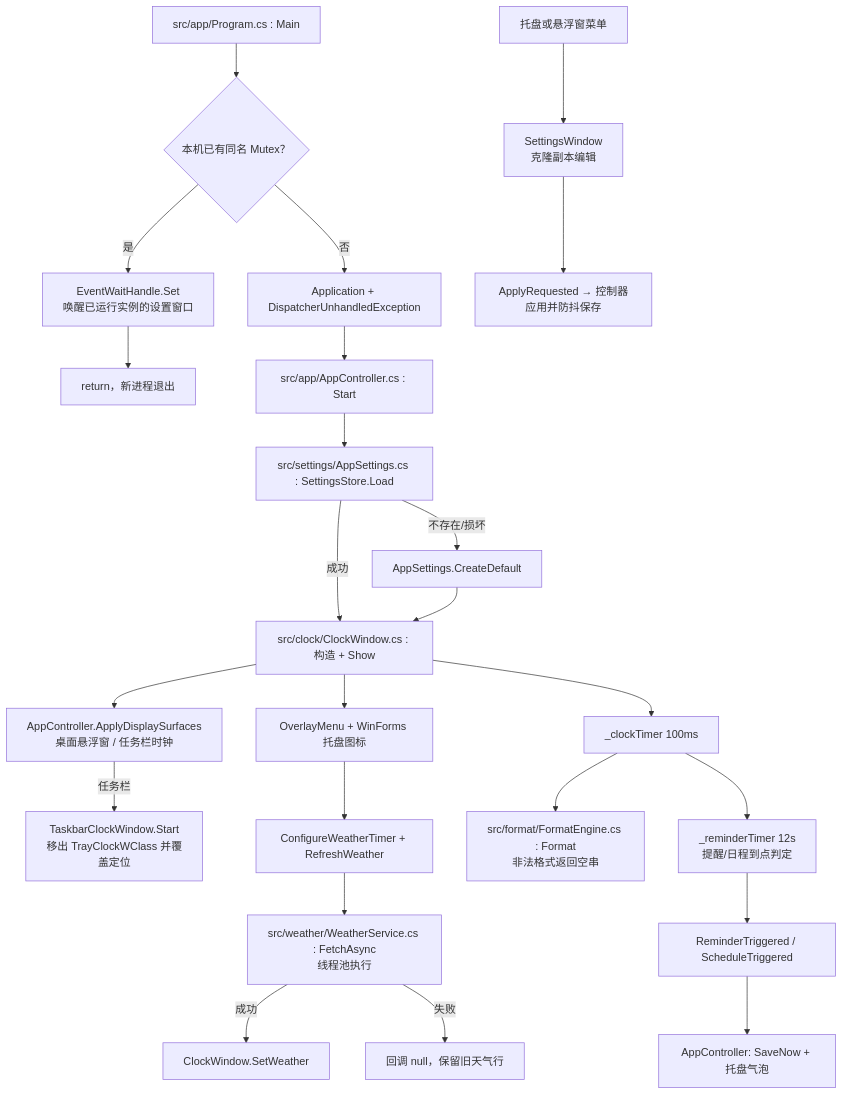
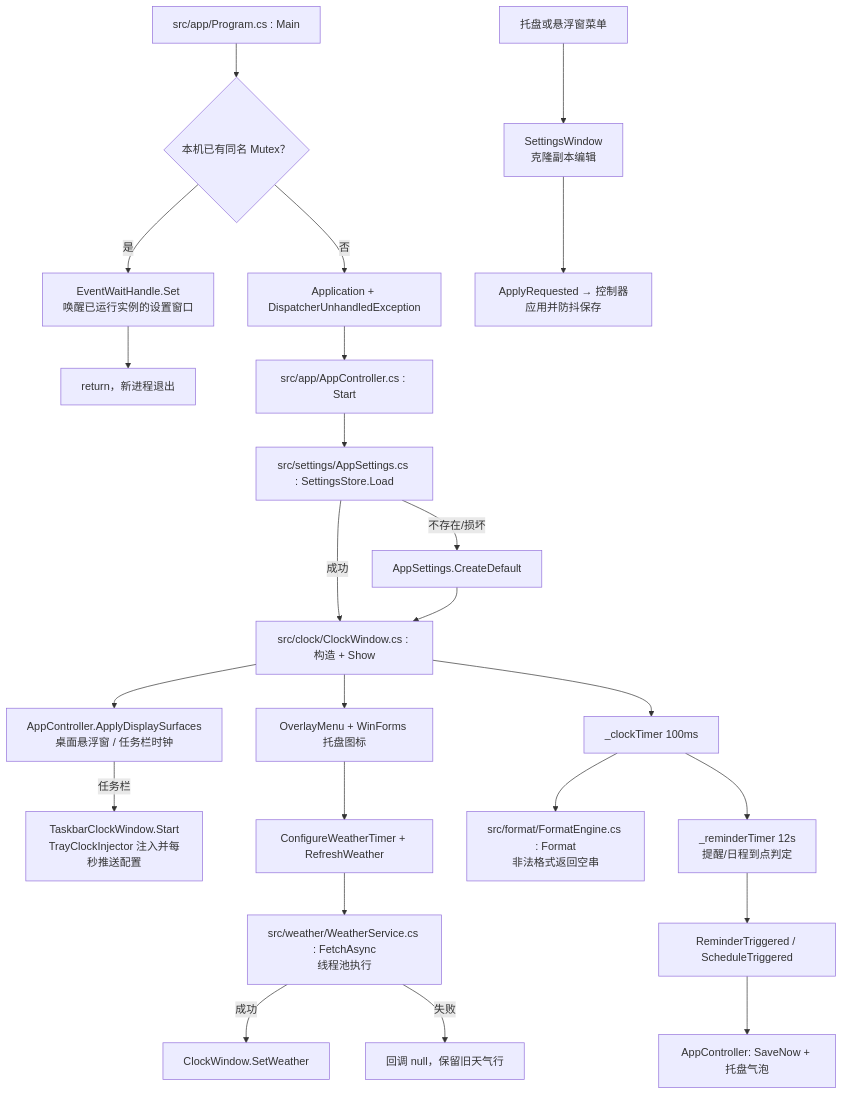
Before and after one commit to GitHubRise/timer: the diagram in docs/300001-系统架构与模块契约.md, drawn with Mermaid. The commit also changed other lines of this file and 4 other files, not shown here.

````diff
--- a/docs/300001-系统架构与模块契约.md
+++ b/docs/300001-系统架构与模块契约.md
@@ -63,26 +65,26 @@
 ```mermaid
 flowchart TD
     A["src/app/Program.cs : Main"] --> B{"本机已有同名 Mutex？"}
     B -- 是 --> B1["EventWaitHandle.Set<br/>唤醒已运行实例的设置窗口"]
     B1 --> B2["return，新进程退出"]
     B -- 否 --> C["Application + DispatcherUnhandledException"]
     C --> D["src/app/AppController.cs : Start"]
     D --> E["src/settings/AppSettings.cs : SettingsStore.Load"]
     E -- 不存在/损坏 --> E1["AppSettings.CreateDefault"]
     E -- 成功 --> F
     E1 --> F["src/clock/ClockWindow.cs : 构造 + Show"]
     F --> G["OverlayMenu + WinForms 托盘图标"]
     F --> F1["AppController.ApplyDisplaySurfaces<br/>桌面悬浮窗 / 任务栏时钟"]
-    F1 -- 任务栏 --> F2["TaskbarClockWindow.Start<br/>移出 TrayClockWClass 并覆盖定位"]
+    F1 -- 任务栏 --> F2["TaskbarClockWindow.Start<br/>TrayClockInjector 注入并每秒推送配置"]
     G --> H["ConfigureWeatherTimer + RefreshWeather"]
     H --> I["src/weather/WeatherService.cs : FetchAsync<br/>线程池执行"]
     I -- 成功 --> J["ClockWindow.SetWeather"]
     I -- 失败 --> K["回调 null，保留旧天气行"]
     F --> L["_clockTimer 100ms"]
     L --> M["src/format/FormatEngine.cs : Format<br/>非法格式返回空串"]
     L --> N["_reminderTimer 12s<br/>提醒/日程到点判定"]
     N --> O["ReminderTriggered / ScheduleTriggered"]
     O --> P["AppController: SaveNow + 托盘气泡"]
     Q["托盘或悬浮窗菜单"] --> R["SettingsWindow<br/>克隆副本编辑"]
     R --> S["ApplyRequested → 控制器应用并防抖保存"]
 ```
````
